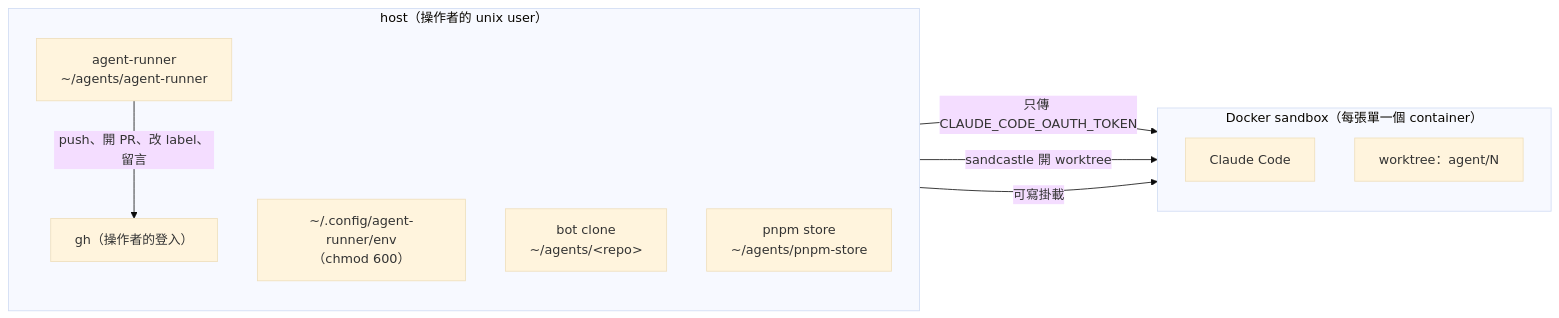
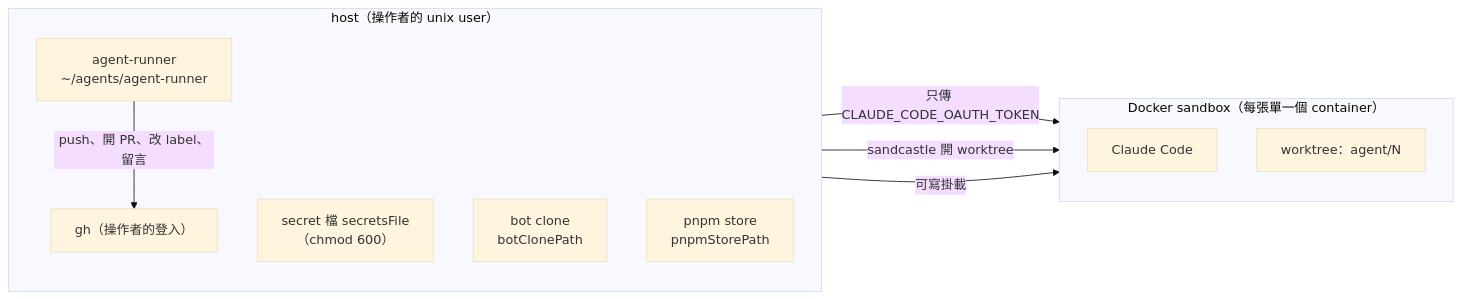
The fifth of 7 diagrams in README.md (henry5720/agent-runner), drawn with Mermaid (base theme) before and after one commit. The commit also changed other lines of this file, not shown here.

First line of the commit message:
docs: refer to config by name instead of repeating its values

````diff
--- a/README.md
+++ b/README.md
@@ -122,20 +123,20 @@
 ```mermaid
 flowchart LR
   subgraph host["host（操作者的 unix user）"]
     direction TB
     RUN["agent-runner<br/>~/agents/agent-runner"]
-    SEC["~/.config/agent-runner/env<br/>（chmod 600）"]
-    CL["bot clone<br/>~/agents/&lt;repo&gt;"]
+    SEC["secret 檔 secretsFile<br/>（chmod 600）"]
+    CL["bot clone<br/>botClonePath"]
     GH["gh（操作者的登入）"]
-    ST["pnpm store<br/>~/agents/pnpm-store"]
+    ST["pnpm store<br/>pnpmStorePath"]
   end
   subgraph sb["Docker sandbox（每張單一個 container）"]
     direction TB
     AG["Claude Code"]
     WT["worktree：agent/N"]
   end
   SEC -- "只傳 CLAUDE_CODE_OAUTH_TOKEN" --> AG
   CL -- "sandcastle 開 worktree" --> WT
   ST -- "可寫掛載" --> sb
   RUN -- "push、開 PR、改 label、留言" --> GH
 ```
````
